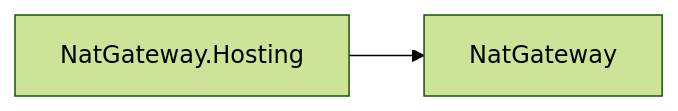
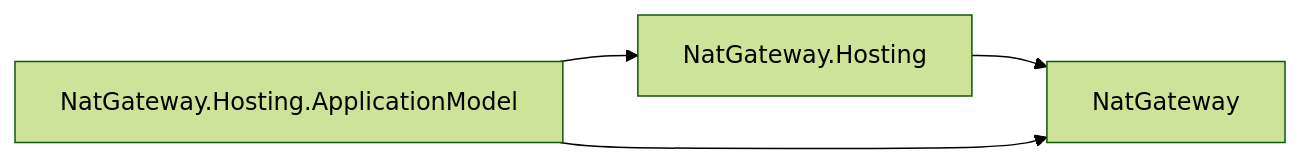
One commit to assimalign/cohesion changed diagram 22 of 27 in docs/DEPENDENCIES.md. Above: the diagram before and after it, drawn with Mermaid (forest theme). The commit also changed other lines of this file and 454 other files, not shown here.

First line of the commit message:
feat(resources): give every resource area a Hosting.ApplicationModel integration

````diff
--- a/docs/DEPENDENCIES.md
+++ b/docs/DEPENDENCIES.md
@@ -838,6 +877,9 @@
 ```mermaid
 flowchart LR
     N0["NatGateway"]
     N1["NatGateway.Hosting"]
+    N2["NatGateway.Hosting.ApplicationModel"]
     N1 --> N0
+    N2 --> N0
+    N2 --> N1
 ```
````
